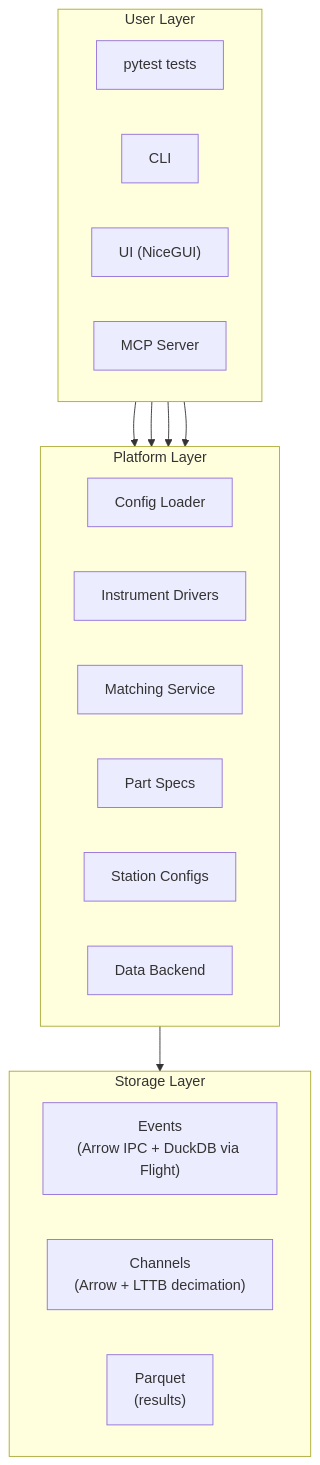
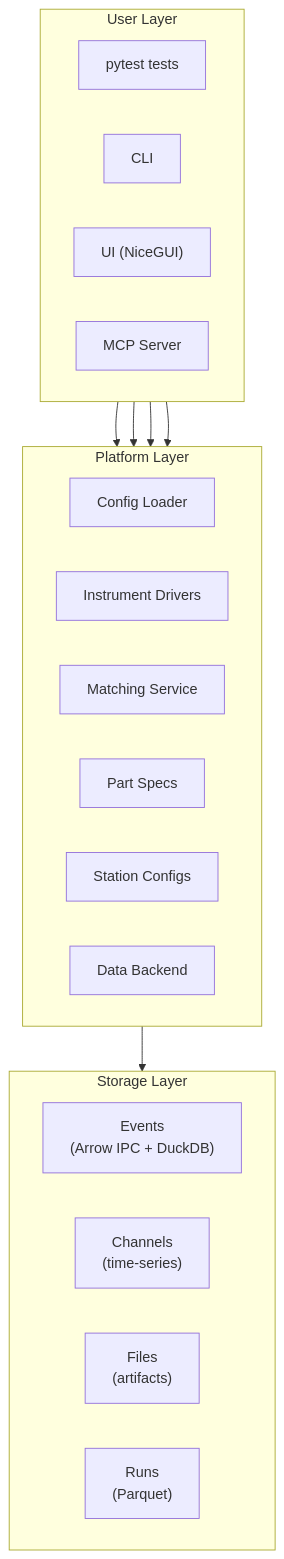
One commit to pragmatest-dev/testerkit changed the diagram in docs/overview.md. Above: the diagram before and after it, drawn with Mermaid. The commit also changed 36 other files, not shown here.

````diff
--- a/docs/overview.md
+++ b/docs/overview.md
@@ -35,33 +35,34 @@
 ```mermaid
 flowchart TB
     subgraph User["User Layer"]
         direction LR
         pytest["pytest tests"]
         cli["CLI"]
         ui["UI (NiceGUI)"]
         mcp["MCP Server"]
     end
 
     subgraph Platform["Platform Layer"]
         direction LR
         cfg["Config Loader"]
         drv["Instrument Drivers"]
         match["Matching Service"]
         part["Part Specs"]
         station["Station Configs"]
         data["Data Backend"]
     end
 
     subgraph Storage["Storage Layer"]
         direction LR
-        events["Events<br/>(Arrow IPC + DuckDB via Flight)"]
-        channels["Channels<br/>(Arrow + LTTB decimation)"]
-        parquet["Parquet<br/>(results)"]
+        events["Events<br/>(Arrow IPC + DuckDB)"]
+        channels["Channels<br/>(time-series)"]
+        files["Files<br/>(artifacts)"]
+        parquet["Runs<br/>(Parquet)"]
     end
 
     pytest --> Platform
     cli --> Platform
     ui --> Platform
     mcp --> Platform
     Platform --> Storage
 ```
````
